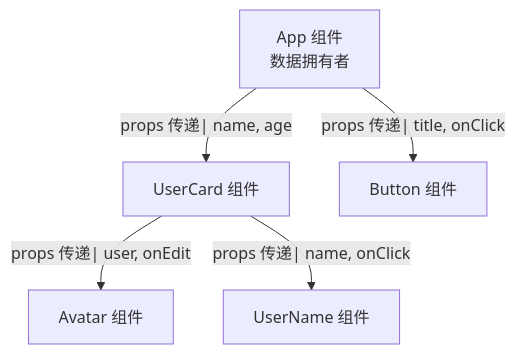
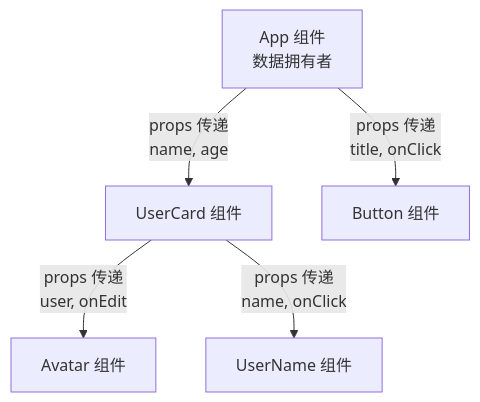
One commit to before80/prgms changed the diagram in content/Js/frameworks/react/Chapter-07-Props-Component-Parameters.md. Above: the diagram before and after it, drawn with Mermaid. The commit also changed 1645 other files, not shown here.

````diff
--- a/content/Js/frameworks/react/Chapter-07-Props-Component-Parameters.md
+++ b/content/Js/frameworks/react/Chapter-07-Props-Component-Parameters.md
@@ -62,8 +62,8 @@
 ```mermaid
 flowchart TD
     A["App 组件\n数据拥有者"]
-    A -->|"props 传递| name, age"| B["UserCard 组件"]
-    A -->|"props 传递| title, onClick"| C["Button 组件"]
-    B -->|"props 传递| user, onEdit"| D["Avatar 组件"]
-    B -->|"props 传递| name, onClick"| E["UserName 组件"]
+    A -->|"props 传递<br/> name, age"| B["UserCard 组件"]
+    A -->|"props 传递<br/> title, onClick"| C["Button 组件"]
+    B -->|"props 传递<br/> user, onEdit"| D["Avatar 组件"]
+    B -->|"props 传递<br/> name, onClick"| E["UserName 组件"]
 ```
````
